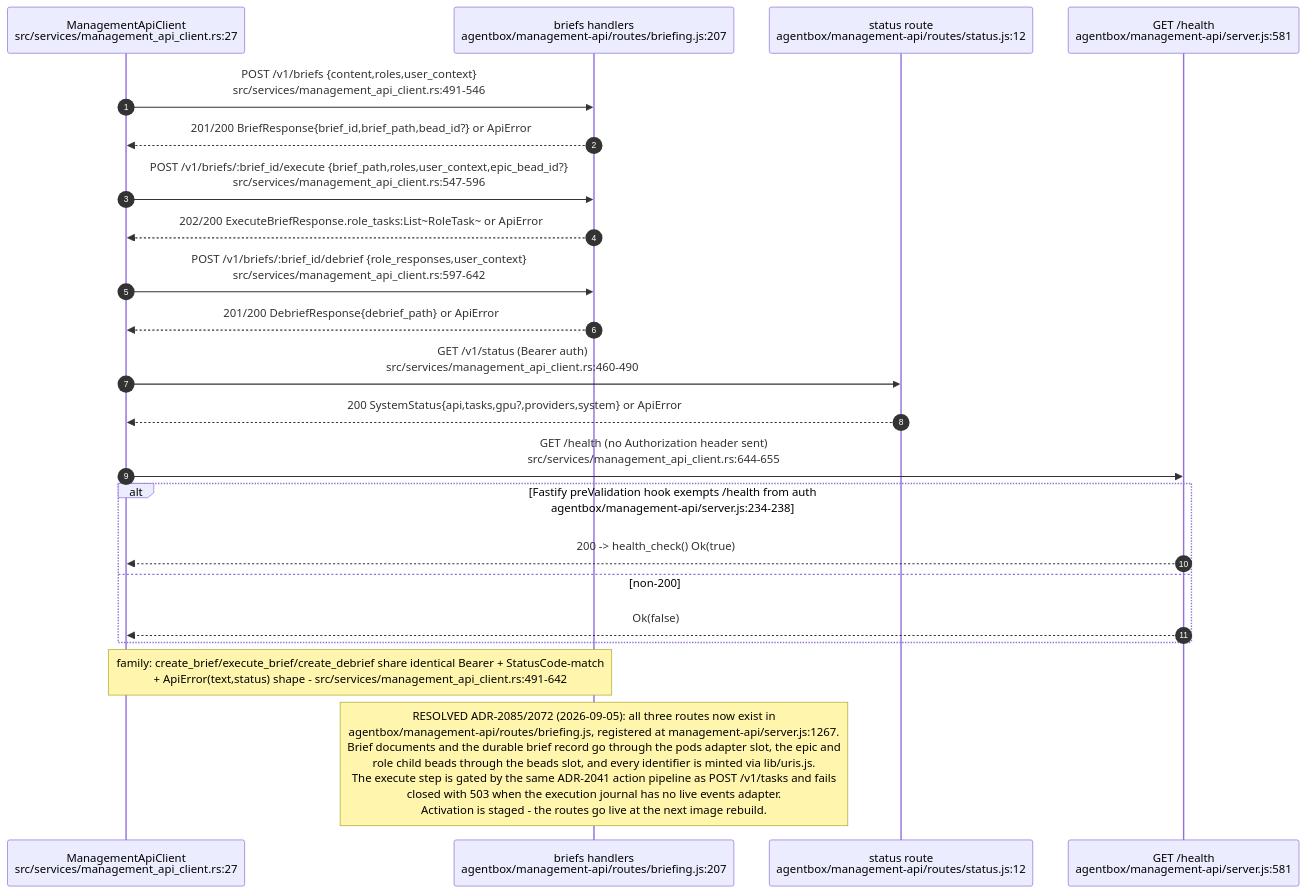
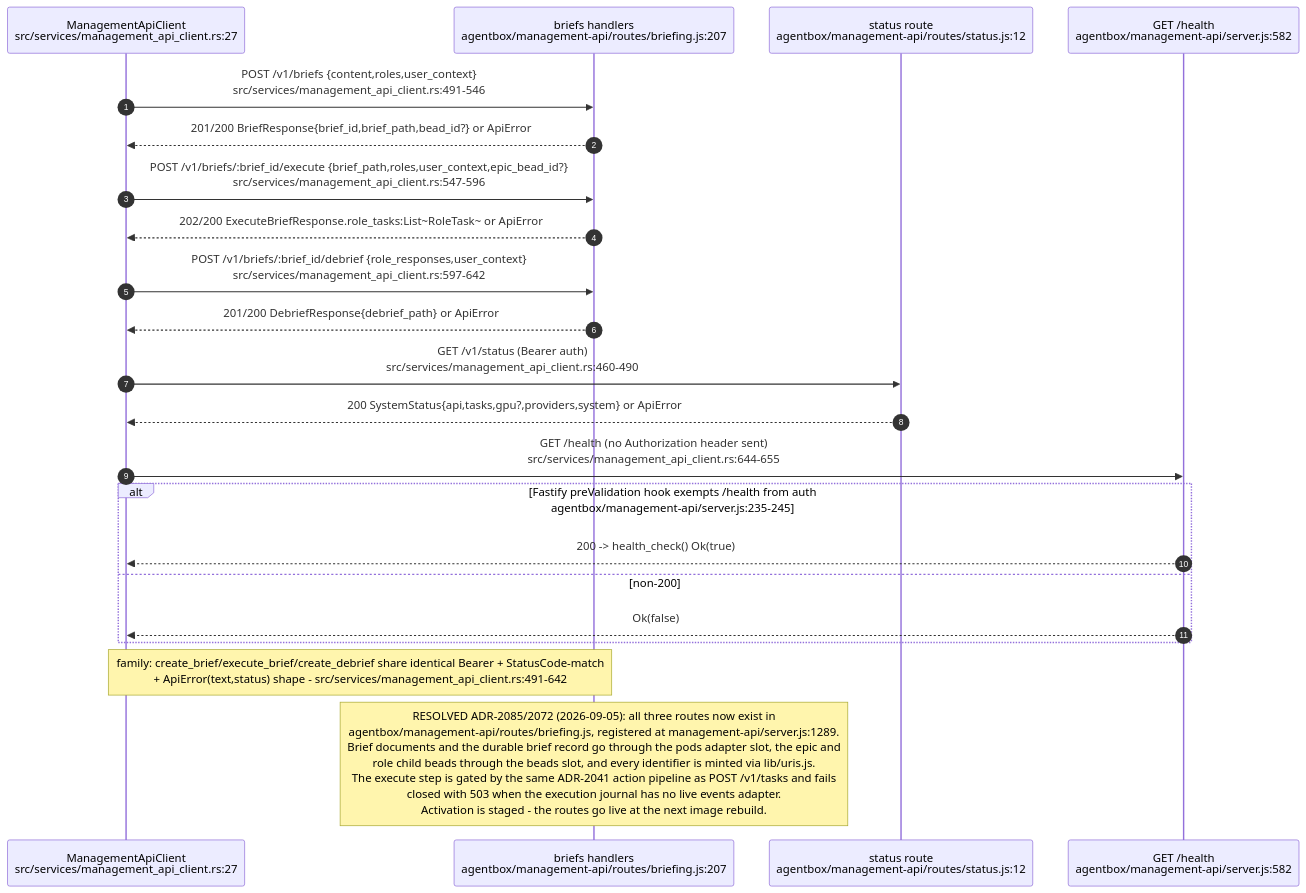
Before and after one commit to DreamLab-AI/VisionFlow: diagram 11 of 12 in docs/diagrams/estate/02-agent-events-agentbox-to-visionclaw.md, drawn with Mermaid. The commit also changed other lines of this file and 91 other files, not shown here.

First line of the commit message:
docs(audit): estate audit wave 2, every repository except agentbox and VisionClaw

````diff
--- a/docs/diagrams/estate/02-agent-events-agentbox-to-visionclaw.md
+++ b/docs/diagrams/estate/02-agent-events-agentbox-to-visionclaw.md
@@ -485,25 +510,25 @@
 ```mermaid
 sequenceDiagram
     autonumber
     participant VC as ManagementApiClient<br/>src/services/management_api_client.rs:27
     participant BRF as briefs handlers<br/>agentbox/management-api/routes/briefing.js:207
     participant STA as status route<br/>agentbox/management-api/routes/status.js:12
-    participant HLT as GET /health<br/>agentbox/management-api/server.js:581
+    participant HLT as GET /health<br/>agentbox/management-api/server.js:582
 
     VC->>BRF: POST /v1/briefs {content,roles,user_context}<br/>src/services/management_api_client.rs:491-546
     BRF-->>VC: 201/200 BriefResponse{brief_id,brief_path,bead_id?} or ApiError
     VC->>BRF: POST /v1/briefs/:brief_id/execute {brief_path,roles,user_context,epic_bead_id?}<br/>src/services/management_api_client.rs:547-596
     BRF-->>VC: 202/200 ExecuteBriefResponse.role_tasks:List~RoleTask~ or ApiError
     VC->>BRF: POST /v1/briefs/:brief_id/debrief {role_responses,user_context}<br/>src/services/management_api_client.rs:597-642
     BRF-->>VC: 201/200 DebriefResponse{debrief_path} or ApiError
     VC->>STA: GET /v1/status (Bearer auth)<br/>src/services/management_api_client.rs:460-490
     STA-->>VC: 200 SystemStatus{api,tasks,gpu?,providers,system} or ApiError
     VC->>HLT: GET /health (no Authorization header sent)<br/>src/services/management_api_client.rs:644-655
-    alt Fastify preValidation hook exempts /health from auth<br/>agentbox/management-api/server.js:234-238
+    alt Fastify preValidation hook exempts /health from auth<br/>agentbox/management-api/server.js:235-245
         HLT-->>VC: 200 -> health_check() Ok(true)
     else non-200
         HLT-->>VC: Ok(false)
     end
     Note over VC,BRF: family: create_brief/execute_brief/create_debrief share identical Bearer + StatusCode-match<br/>+ ApiError(text,status) shape - src/services/management_api_client.rs:491-642
-    Note over BRF: RESOLVED ADR-2085/2072 (2026-09-05): all three routes now exist in<br/>agentbox/management-api/routes/briefing.js, registered at management-api/server.js:1267.<br/>Brief documents and the durable brief record go through the pods adapter slot, the epic and<br/>role child beads through the beads slot, and every identifier is minted via lib/uris.js.<br/>The execute step is gated by the same ADR-2041 action pipeline as POST /v1/tasks and fails<br/>closed with 503 when the execution journal has no live events adapter.<br/>Activation is staged - the routes go live at the next image rebuild.
+    Note over BRF: RESOLVED ADR-2085/2072 (2026-09-05): all three routes now exist in<br/>agentbox/management-api/routes/briefing.js, registered at management-api/server.js:1289.<br/>Brief documents and the durable brief record go through the pods adapter slot, the epic and<br/>role child beads through the beads slot, and every identifier is minted via lib/uris.js.<br/>The execute step is gated by the same ADR-2041 action pipeline as POST /v1/tasks and fails<br/>closed with 503 when the execution journal has no live events adapter.<br/>Activation is staged - the routes go live at the next image rebuild.
 ```
````
